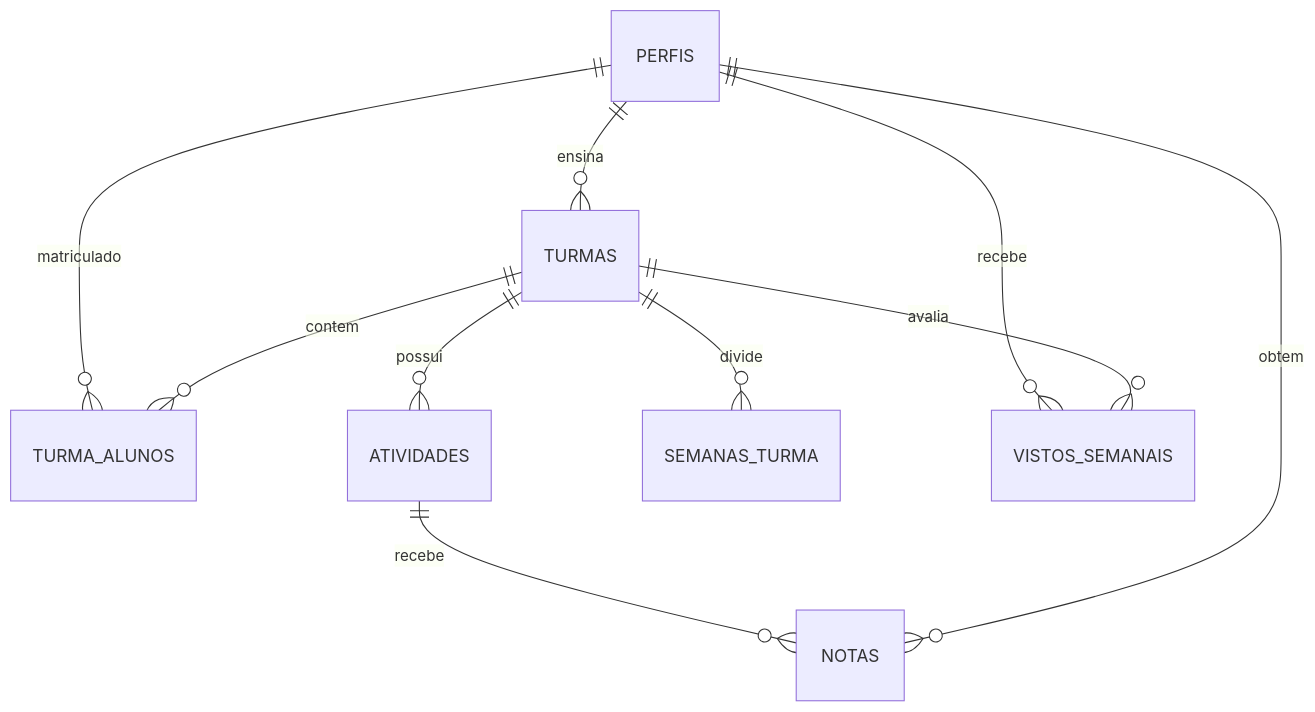
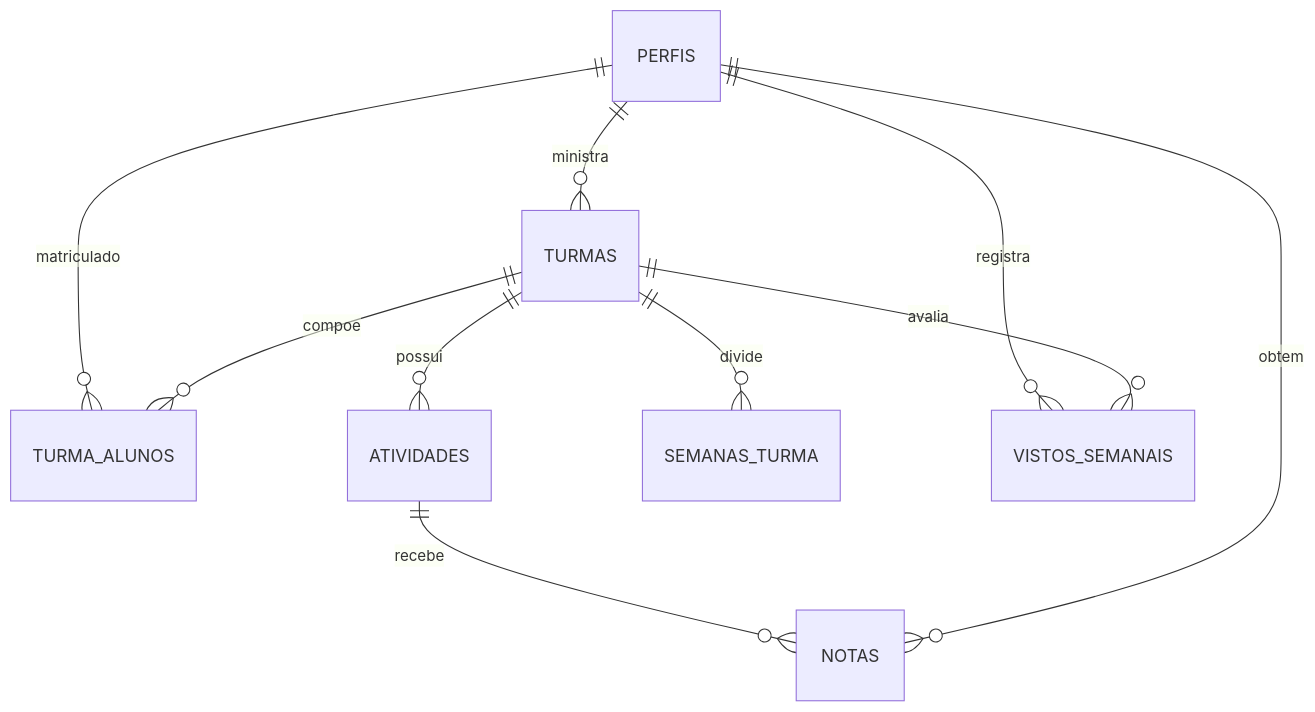
The diagram in README.md (MaelBG/Media_facil), drawn with Mermaid before and after one commit. The commit also changed other lines of this file, not shown here.

````diff
--- a/README.md
+++ b/README.md
@@ -47,12 +72,12 @@
 ```mermaid
 erDiagram
-    PERFIS ||--o{ TURMAS : "ensina"
+    PERFIS ||--o{ TURMAS : "ministra"
     PERFIS ||--o{ TURMA_ALUNOS : "matriculado"
-    TURMAS ||--o{ TURMA_ALUNOS : "contem"
+    TURMAS ||--o{ TURMA_ALUNOS : "compoe"
     TURMAS ||--o{ ATIVIDADES : "possui"
     TURMAS ||--o{ SEMANAS_TURMA : "divide"
     ATIVIDADES ||--o{ NOTAS : "recebe"
     PERFIS ||--o{ NOTAS : "obtem"
-    PERFIS ||--o{ VISTOS_SEMANAIS : "recebe"
+    PERFIS ||--o{ VISTOS_SEMANAIS : "registra"
     TURMAS ||--o{ VISTOS_SEMANAIS : "avalia"
 ```
````
